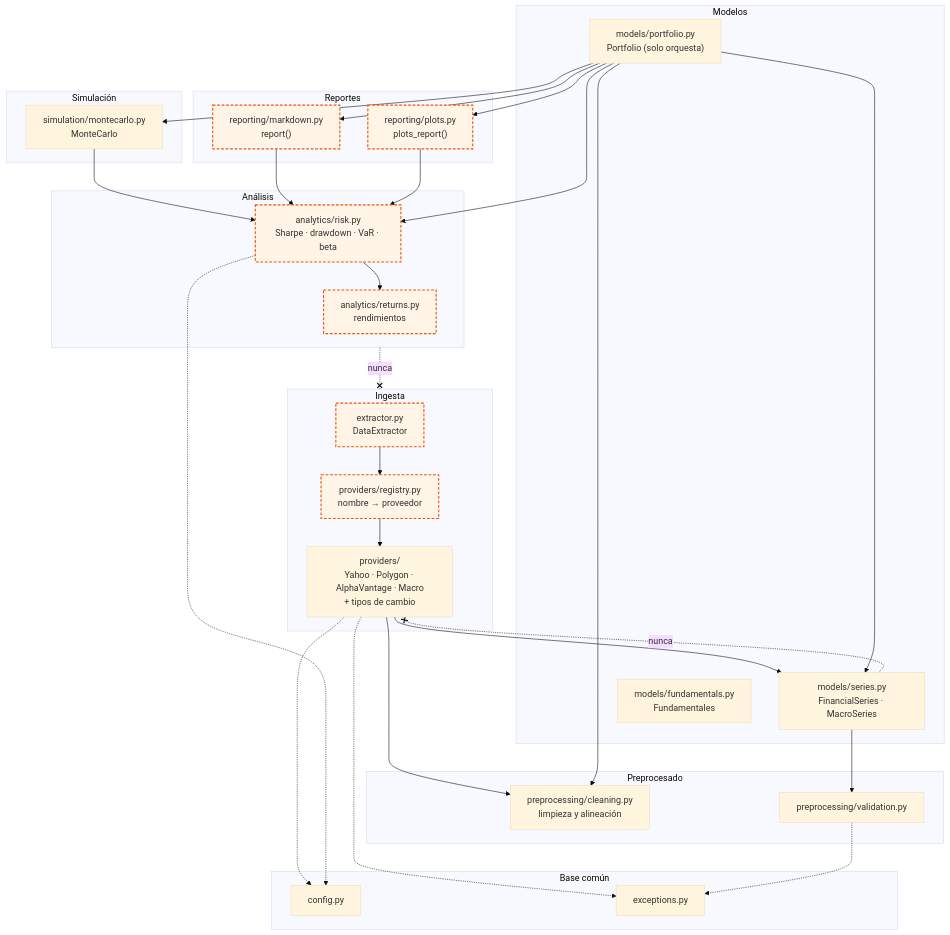
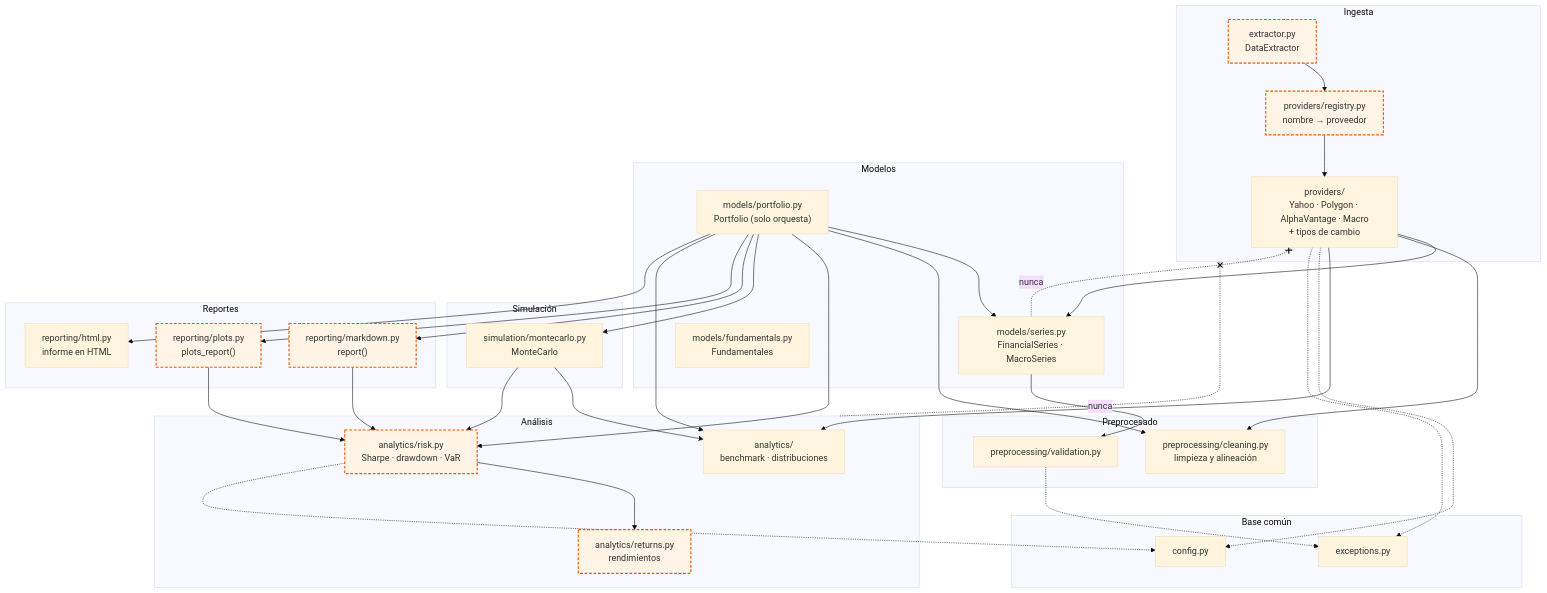
One commit to JAVIIFDEEZ/market-toolkit changed the diagram in docs/architecture/diagramas/dependencias_objetivo.mmd. Above: the diagram before and after it, drawn with Mermaid (base theme). The commit also changed 38 other files, not shown here.

Commit message:
0.3.6. (feat): Informe HTML, Monte Carlo con t de Student, comparación con índice e interfaz web. Corrige report() con rebalanceos en días sin sesión.

```diff
--- a/docs/architecture/diagramas/dependencias_objetivo.mmd
+++ b/docs/architecture/diagramas/dependencias_objetivo.mmd
@@ -1,62 +1,68 @@
 flowchart TB
     subgraph ingesta["Ingesta"]
         extractor["extractor.py<br/>DataExtractor"]
         registry["providers/registry.py<br/>nombre → proveedor"]
         providers["providers/<br/>Yahoo · Polygon · AlphaVantage · Macro<br/>+ tipos de cambio"]
     end
 
     subgraph modelos["Modelos"]
         series["models/series.py<br/>FinancialSeries · MacroSeries"]
         fundamentals["models/fundamentals.py<br/>Fundamentales"]
         portfolio["models/portfolio.py<br/>Portfolio (solo orquesta)"]
     end
 
     subgraph prep["Preprocesado"]
         cleaning["preprocessing/cleaning.py<br/>limpieza y alineación"]
         validation["preprocessing/validation.py"]
     end
 
     subgraph analisis["Análisis"]
+        analytics_hecho["analytics/<br/>benchmark · distribuciones"]
         returns["analytics/returns.py<br/>rendimientos"]
-        risk["analytics/risk.py<br/>Sharpe · drawdown · VaR · beta"]
+        risk["analytics/risk.py<br/>Sharpe · drawdown · VaR"]
     end
 
     subgraph sim["Simulación"]
         montecarlo["simulation/montecarlo.py<br/>MonteCarlo"]
     end
 
     subgraph salida["Reportes"]
+        html["reporting/html.py<br/>informe en HTML"]
         markdown["reporting/markdown.py<br/>report()"]
         plots["reporting/plots.py<br/>plots_report()"]
     end
 
     subgraph base["Base común"]
         config["config.py"]
         exceptions["exceptions.py"]
     end
 
     extractor --> registry --> providers
     providers --> series
     providers --> cleaning
     series --> validation
     portfolio --> series
     portfolio --> cleaning
     portfolio --> risk
     portfolio --> montecarlo
     portfolio --> markdown
     portfolio --> plots
     risk --> returns
+    portfolio --> analytics_hecho
+    portfolio --> html
+    montecarlo --> analytics_hecho
+    providers --> analytics_hecho
     montecarlo --> risk
     markdown --> risk
     plots --> risk
 
     providers -.-> config
     providers -.-> exceptions
     validation -.-> exceptions
     risk -.-> config
 
     series -. "nunca" .-x providers
     analisis -. "nunca" .-x ingesta
 
     classDef pendiente fill:#fff4e5,stroke:#e8590c,stroke-width:2px,stroke-dasharray: 5 3
     class extractor,registry,returns,risk,markdown,plots pendiente
```
